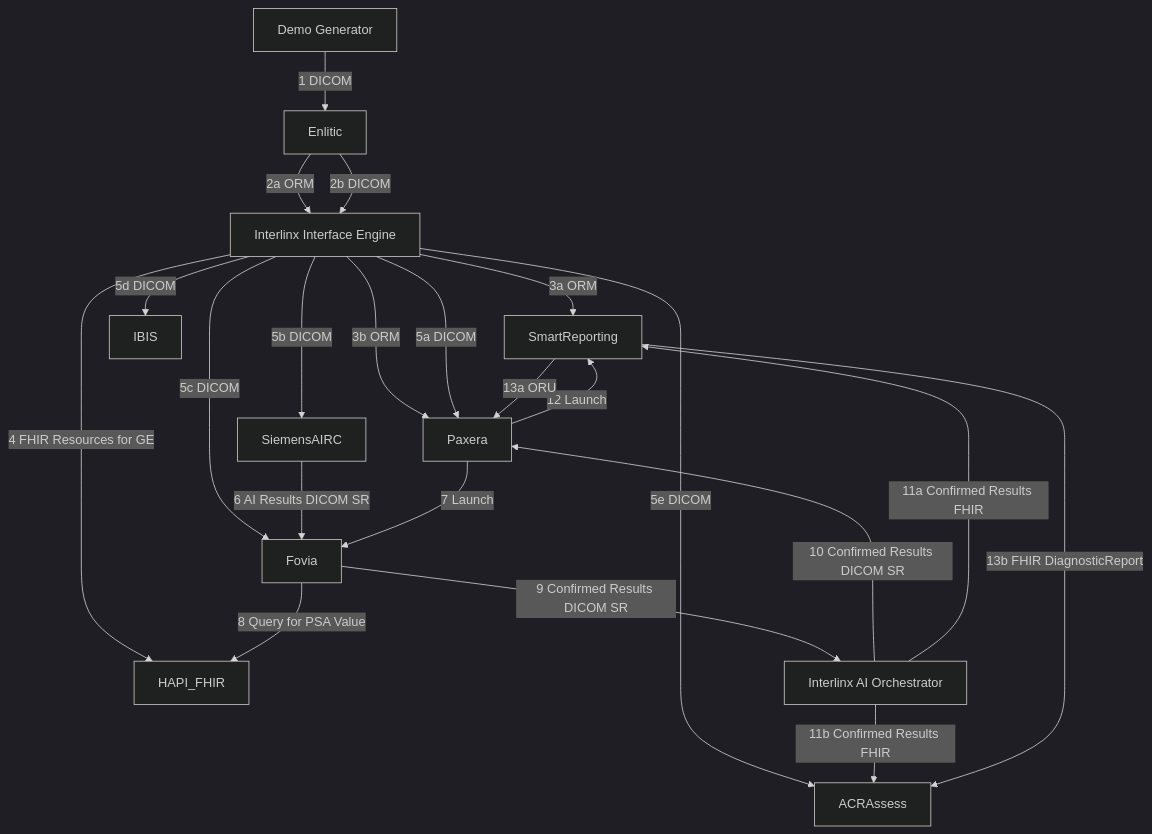
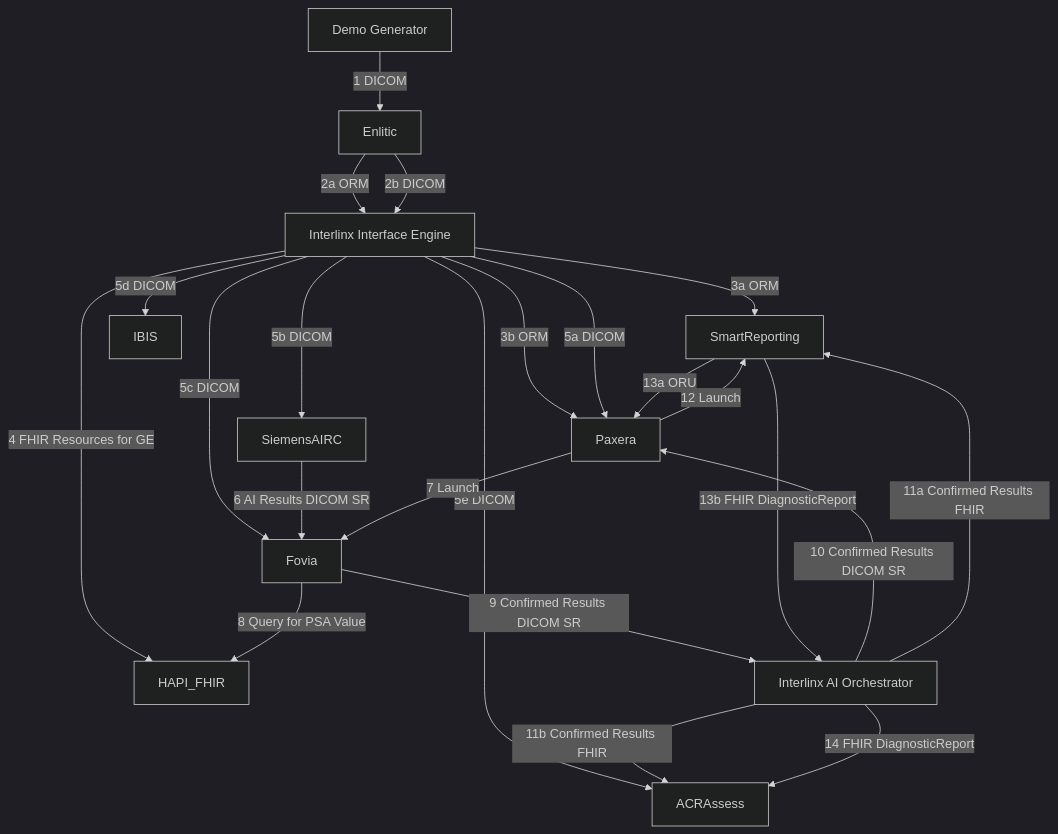
Before and after one commit to mohannadhussain/rsna-2024-rr-demo: the diagram in ettinger/diagram-prostate-mr.md, drawn with Mermaid (dark theme).

Commit message:
Update diagram-prostate-mr.md
Pass Smart Reporting info through InterlinxAIO

````diff
--- a/ettinger/diagram-prostate-mr.md
+++ b/ettinger/diagram-prostate-mr.md
@@ -4,36 +4,38 @@
 ```mermaid
 flowchart TD
     Generator[Demo Generator] --> |1 DICOM| Enlitic
 
     Enlitic --> |2a ORM| InterlinxIE[Interlinx Interface Engine]
     Enlitic --> |2b DICOM| InterlinxIE
 
     InterlinxIE --> |3a ORM| SmartReporting
     InterlinxIE --> |3b ORM| Paxera
 
     InterlinxIE --> |4 FHIR Resources for GE| HAPI_FHIR
 
     InterlinxIE --> |5a DICOM| Paxera
     InterlinxIE --> |5b DICOM| SiemensAIRC
     InterlinxIE --> |5c DICOM| Fovia
     InterlinxIE --> |5d DICOM| IBIS
     InterlinxIE --> |5e DICOM| ACRAssess
 
     SiemensAIRC --> |6 AI Results DICOM SR| Fovia
 
     Paxera --> |7 Launch| Fovia
 
     Fovia --> |8 Query for PSA Value| HAPI_FHIR
 
     Fovia --> |9 Confirmed Results DICOM SR| InterlinxAIO[Interlinx AI Orchestrator]
 
     InterlinxAIO --> |10 Confirmed Results DICOM SR| Paxera
     
     InterlinxAIO --> |11a Confirmed Results FHIR| SmartReporting
     InterlinxAIO --> |11b Confirmed Results FHIR| ACRAssess
 
     Paxera --> |12 Launch| SmartReporting
 
     SmartReporting --> |13a ORU| Paxera
-    SmartReporting --> |13b FHIR DiagnosticReport| ACRAssess
+    SmartReporting --> |13b FHIR DiagnosticReport| InterlinxAIO
+
+    InterlinxAIO --> |14 FHIR DiagnosticReport| ACRAssess
 ```
````
